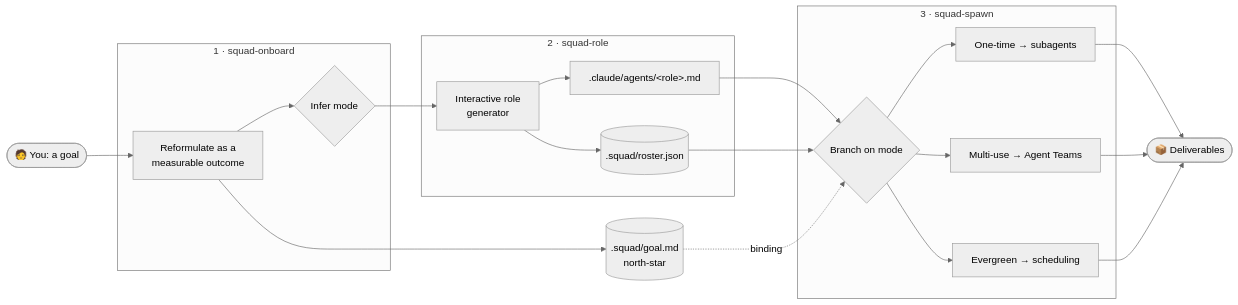
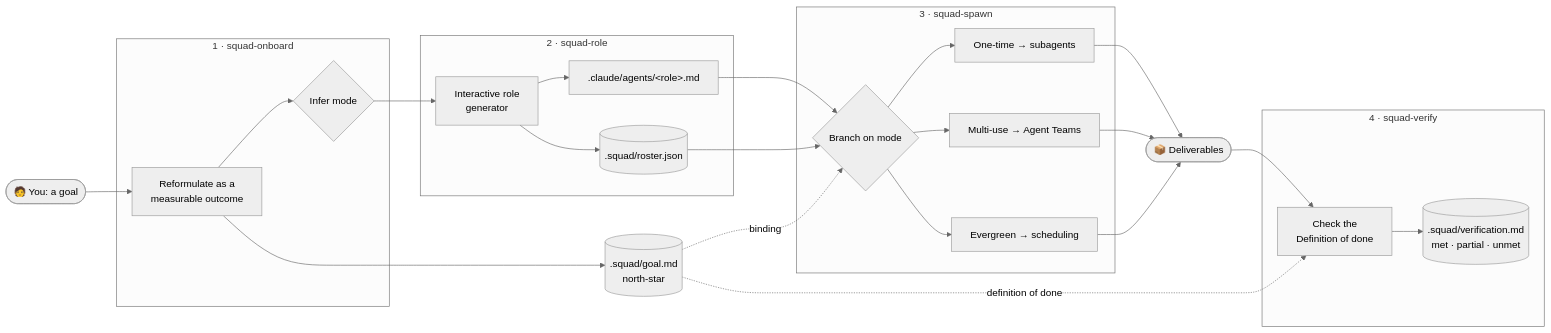
Before and after one commit to cheeky-amit/cheeky-squad-os: the first of 5 diagrams in README.md, drawn with Mermaid (neutral theme). The commit also changed other lines of this file and 24 other files, not shown here.

First line of the commit message:
feat: squad-verify — supervision loop, glob hardening, docs truth sync (0.2.0) (#7)

````diff
--- a/README.md
+++ b/README.md
@@ -58,31 +58,38 @@
 ```mermaid
 flowchart LR
   U(["🧑 You: a goal"]) --> ON
 
   subgraph S1["1 · squad-onboard"]
     ON["Reformulate as a<br/>measurable outcome"] --> MODE{"Infer mode"}
   end
   ON --> GOAL[(".squad/goal.md<br/>north-star")]
 
   MODE --> ROLE
 
   subgraph S2["2 · squad-role"]
     ROLE["Interactive role<br/>generator"] --> AG[".claude/agents/&lt;role&gt;.md"]
     ROLE --> ROST[(".squad/roster.json")]
   end
 
   AG --> SPAWN
   ROST --> SPAWN
 
   subgraph S3["3 · squad-spawn"]
     SPAWN{"Branch on mode"} --> ONE["One-time → subagents"]
     SPAWN --> MUL["Multi-use → Agent Teams"]
     SPAWN --> EVR["Evergreen → scheduling"]
   end
 
   ONE --> OUT(["📦 Deliverables"])
   MUL --> OUT
   EVR --> OUT
 
+  subgraph S4["4 · squad-verify"]
+    VER["Check the<br/>Definition of done"] --> VMD[(".squad/verification.md<br/>met · partial · unmet")]
+  end
+
+  OUT --> VER
+
   GOAL -. binding .-> SPAWN
+  GOAL -. definition of done .-> VER
 ```
````
